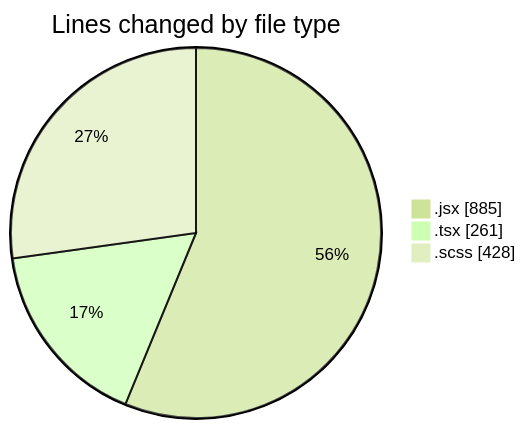
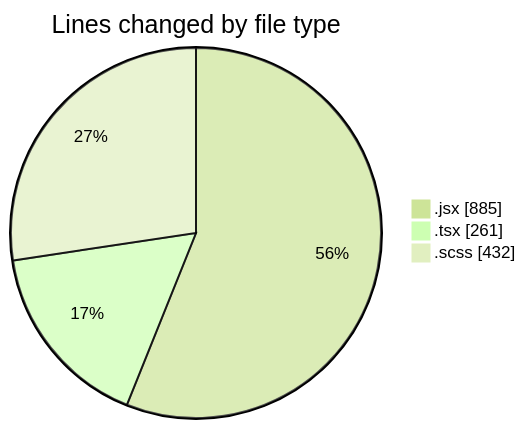
One commit to momahboobian/code-tracking changed the first of 2 diagrams in 2026-02-11/cda/README.md. Above: the diagram before and after it, drawn with Mermaid (forest theme). The commit also changed other lines of this file and 1 other file, not shown here.

````diff
--- a/2026-02-11/cda/README.md
+++ b/2026-02-11/cda/README.md
@@ -26,7 +26,7 @@
 ```mermaid
 pie showData
 title Lines changed by file type
 ".jsx" : 885
 ".tsx" : 261
-".scss" : 428
+".scss" : 432
 ```
````
